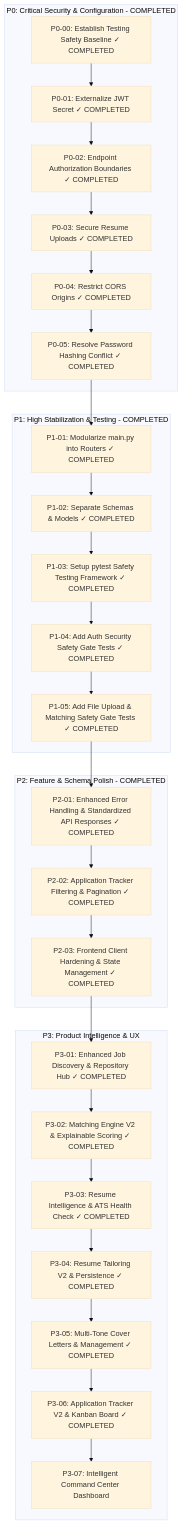
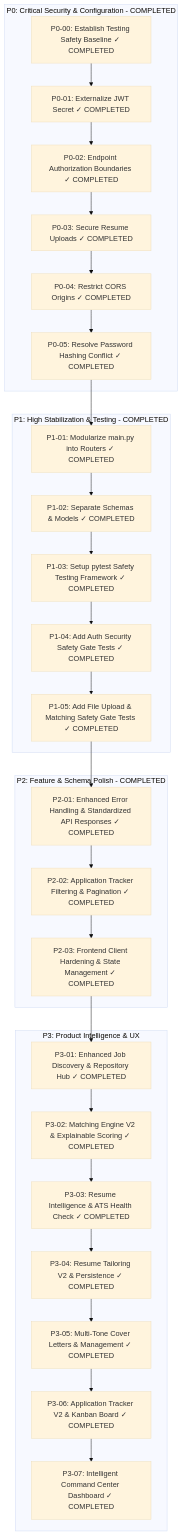
One commit to AlvinMutie/Job-seer changed the diagram in docs/ROADMAP.md. Above: the diagram before and after it, drawn with Mermaid (base theme). The commit also changed other lines of this file and 80 other files, not shown here.

Commit message:
feat: implement dashboard analytics API and supporting schemas

````diff
--- a/docs/ROADMAP.md
+++ b/docs/ROADMAP.md
@@ -9,37 +9,37 @@
 ```mermaid
 flowchart TD
     subgraph P0 [P0: Critical Security & Configuration - COMPLETED]
         P0-00[P0-00: Establish Testing Safety Baseline ✓ COMPLETED]
         P0-01[P0-01: Externalize JWT Secret ✓ COMPLETED]
         P0-02[P0-02: Endpoint Authorization Boundaries ✓ COMPLETED]
         P0-03[P0-03: Secure Resume Uploads ✓ COMPLETED]
         P0-04[P0-04: Restrict CORS Origins ✓ COMPLETED]
         P0-05[P0-05: Resolve Password Hashing Conflict ✓ COMPLETED]
     end
 
     subgraph P1 [P1: High Stabilization & Testing - COMPLETED]
         P1-01[P1-01: Modularize main.py into Routers ✓ COMPLETED]
         P1-02[P1-02: Separate Schemas & Models ✓ COMPLETED]
         P1-03[P1-03: Setup pytest Safety Testing Framework ✓ COMPLETED]
         P1-04[P1-04: Add Auth Security Safety Gate Tests ✓ COMPLETED]
         P1-05[P1-05: Add File Upload & Matching Safety Gate Tests ✓ COMPLETED]
     end
 
     subgraph P2 [P2: Feature & Schema Polish - COMPLETED]
         P2-01[P2-01: Enhanced Error Handling & Standardized API Responses ✓ COMPLETED]
         P2-02[P2-02: Application Tracker Filtering & Pagination ✓ COMPLETED]
         P2-03[P2-03: Frontend Client Hardening & State Management ✓ COMPLETED]
     end
 
     subgraph P3 [P3: Product Intelligence & UX]
         P3-01[P3-01: Enhanced Job Discovery & Repository Hub ✓ COMPLETED]
         P3-02[P3-02: Matching Engine V2 & Explainable Scoring ✓ COMPLETED]
         P3-03[P3-03: Resume Intelligence & ATS Health Check ✓ COMPLETED]
         P3-04[P3-04: Resume Tailoring V2 & Persistence ✓ COMPLETED]
         P3-05[P3-05: Multi-Tone Cover Letters & Management ✓ COMPLETED]
         P3-06[P3-06: Application Tracker V2 & Kanban Board ✓ COMPLETED]
-        P3-07[P3-07: Intelligent Command Center Dashboard]
+        P3-07[P3-07: Intelligent Command Center Dashboard ✓ COMPLETED]
     end
 
     P0-00 --> P0-01 --> P0-02 --> P0-03 --> P0-04 --> P0-05 --> P1-01 --> P1-02 --> P1-03 --> P1-04 --> P1-05 --> P2-01 --> P2-02 --> P2-03 --> P3-01 --> P3-02 --> P3-03 --> P3-04 --> P3-05 --> P3-06 --> P3-07
 ```
````
